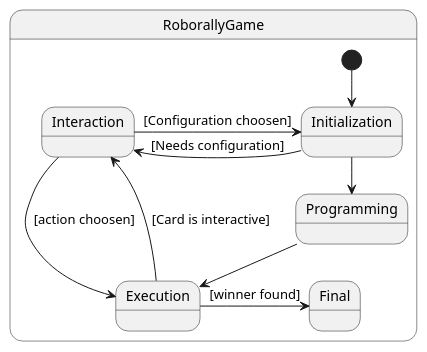
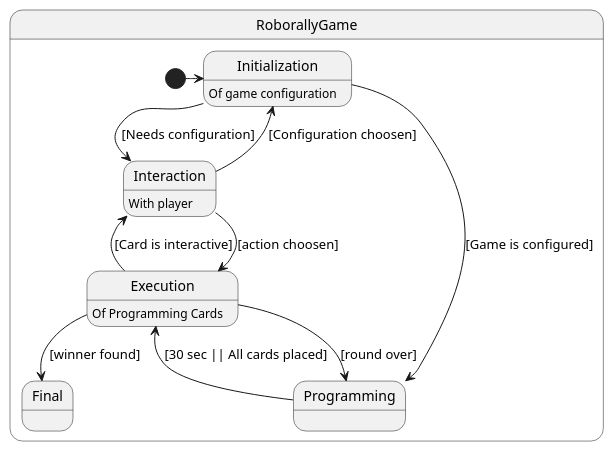
One commit to CDIO-gr-17/RoboRally changed the diagram in src/main/Diagrams/StateOfGame.puml. Above: the diagram before and after it, drawn with PlantUML. The commit also changed 3 other files, not shown here.

Commit message:
DIagrams changed for A3

```diff
--- a/src/main/Diagrams/StateOfGame.puml
+++ b/src/main/Diagrams/StateOfGame.puml
@@ -1,24 +1,25 @@
 @startuml
 'https://plantuml.com/state-diagram
 
 state RoborallyGame{
-[*] --> Initialization
-Initialization --> Programming
-Programming --> Execution
+[*] -> Initialization
+Initialization --> Programming:[Game is configured]
+Programming --> Execution:[30 sec || All cards placed]
 Execution --> Interaction:[Card is interactive]
-Interaction -> Execution:[action choosen]
-Execution -> Final:[winner found]
-Interaction -> Initialization:[Configuration choosen]
+Interaction --> Execution:[action choosen]
+Execution --> Final:[winner found]
+Execution --> Programming: [round over]
+Interaction --> Initialization:[Configuration choosen]
 Initialization -> Interaction:[Needs configuration]
 
-state Initialization
+state Initialization:Of game configuration
 
 state Programming
 
-state Execution
-    state Interaction
+state Execution:Of Programming Cards
+state Interaction:With player
 
 state Final
 
 }
 @enduml
```
